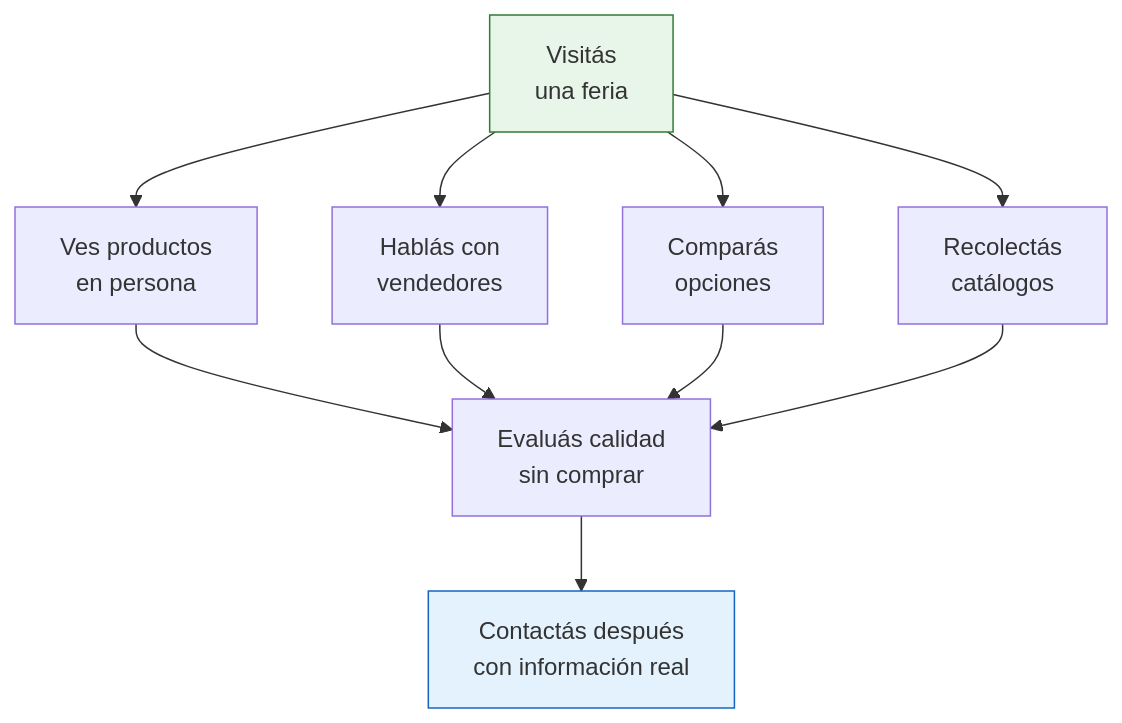
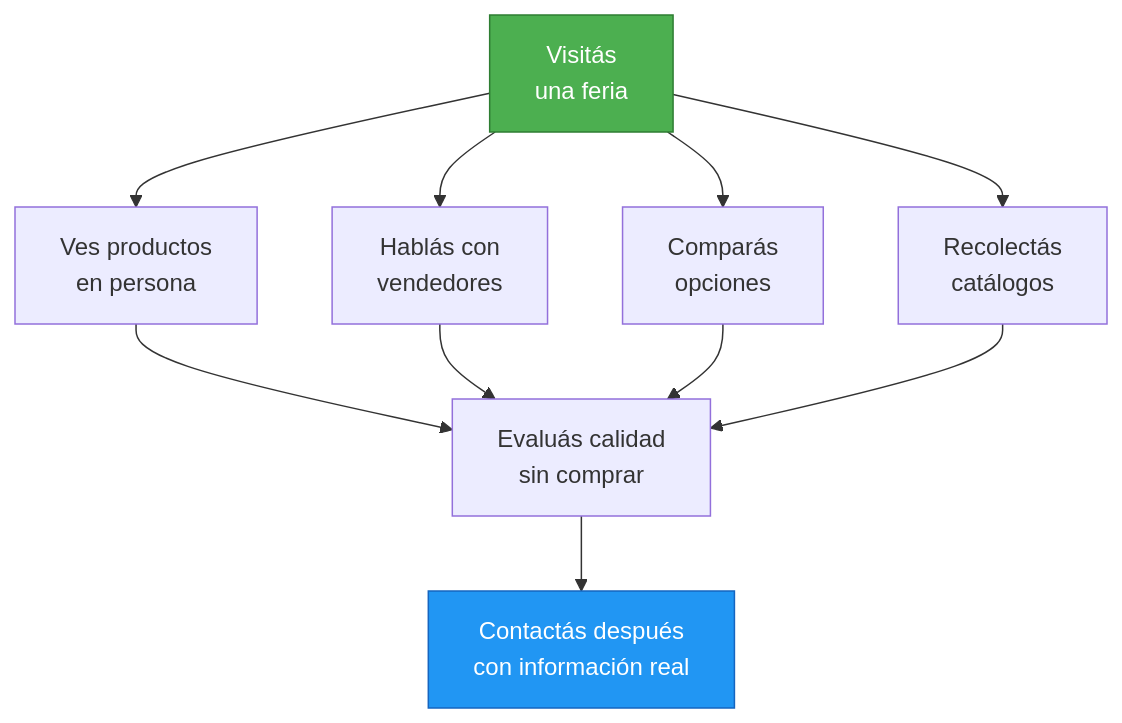
One commit to barrosignacioezequiel-coder/docs changed the diagram in app/paso1-argentina/encontrar-fabricas/ferias-principales.mdx. Above: the diagram before and after it, drawn with Mermaid. The commit also changed 66 other files, not shown here.

First line of the commit message:
fix: resolve Mermaid v11 numbered list errors + improve contrast

````diff
--- a/app/paso1-argentina/encontrar-fabricas/ferias-principales.mdx
+++ b/app/paso1-argentina/encontrar-fabricas/ferias-principales.mdx
@@ -13,17 +13,17 @@
 ```mermaid
 graph TD
     A["Visitás<br/>una feria"] --> B["Ves productos<br/>en persona"]
     A --> C["Hablás con<br/>vendedores"]
     A --> D["Comparás<br/>opciones"]
     A --> E["Recolectás<br/>catálogos"]
 
     B --> F["Evaluás calidad<br/>sin comprar"]
     C --> F
     D --> F
     E --> F
 
     F --> G["Contactás después<br/>con información real"]
 
-    style A fill:#e8f5e9,stroke:#2e7d32
-    style G fill:#e3f2fd,stroke:#1565c0
+    style A fill:#4caf50,stroke:#2e7d32,color:#fff
+    style G fill:#2196f3,stroke:#1565c0,color:#fff
 ```
````
